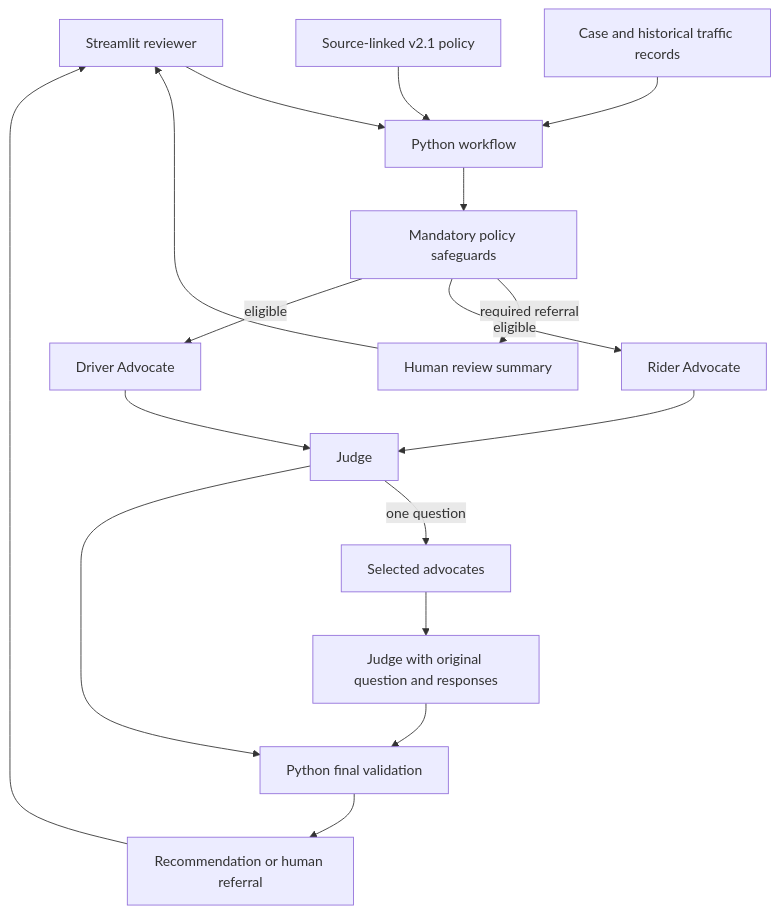
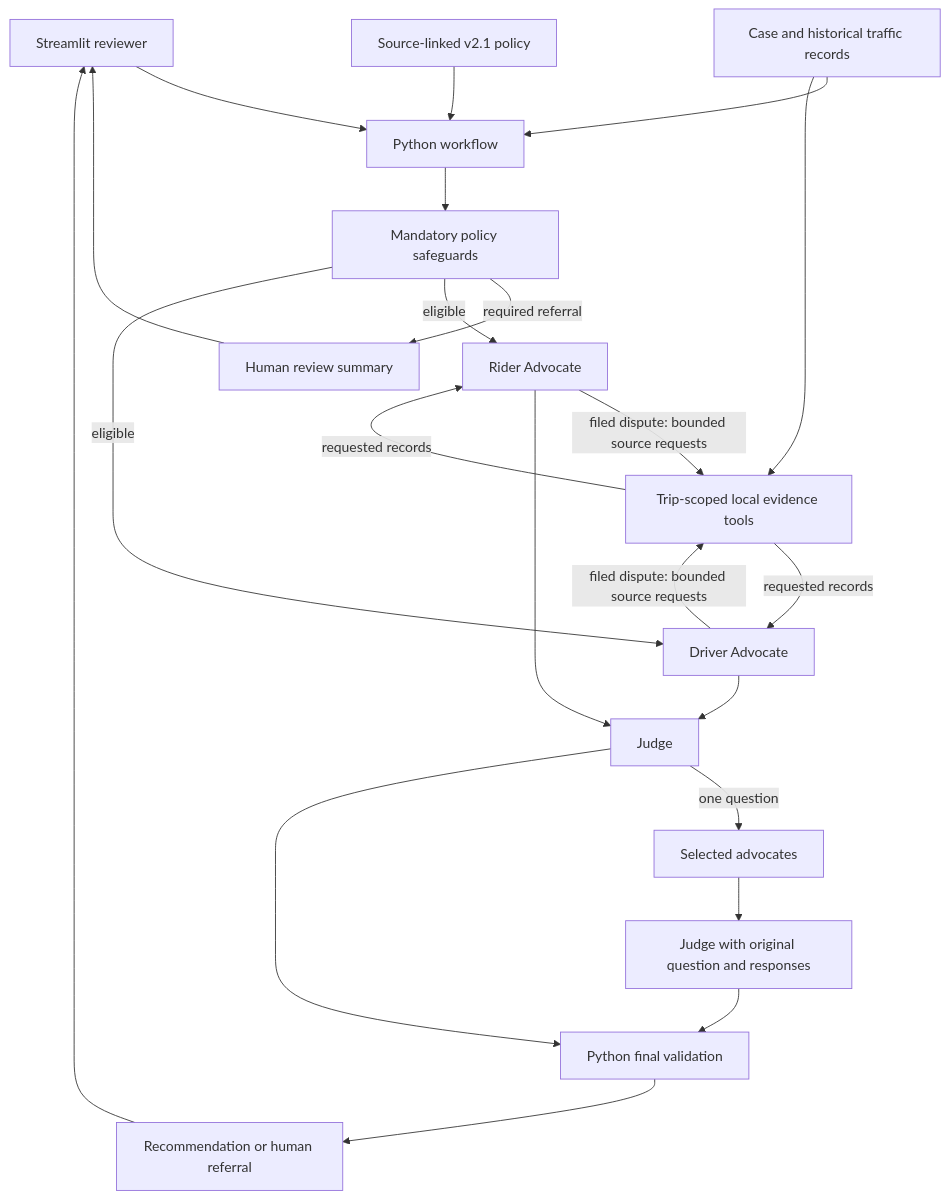
Before and after one commit to XuHh03/FairRide: the diagram in docs/PROJECT_GUIDE.md, drawn with Mermaid. The commit also changed other lines of this file and 13 other files, not shown here.

````diff
--- a/docs/PROJECT_GUIDE.md
+++ b/docs/PROJECT_GUIDE.md
@@ -21,19 +23,24 @@
 ```mermaid
 flowchart TD
     UI[Streamlit reviewer] --> WF[Python workflow]
     CASE[Case and historical traffic records] --> WF
     POLICY[Source-linked v2.1 policy] --> WF
     WF --> GATE[Mandatory policy safeguards]
     GATE -->|required referral| HUMAN[Human review summary]
     GATE -->|eligible| RA[Rider Advocate]
     GATE -->|eligible| DA[Driver Advocate]
+    RA -->|filed dispute: bounded source requests| TOOLS[Trip-scoped local evidence tools]
+    DA -->|filed dispute: bounded source requests| TOOLS
+    CASE --> TOOLS
+    TOOLS -->|requested records| RA
+    TOOLS -->|requested records| DA
     RA --> J[Judge]
     DA --> J
     J -->|one question| RB[Selected advocates]
     RB --> J2[Judge with original question and responses]
     J --> CHECK[Python final validation]
     J2 --> CHECK
     CHECK --> RESULT[Recommendation or human referral]
     RESULT --> UI
     HUMAN --> UI
 ```
````
